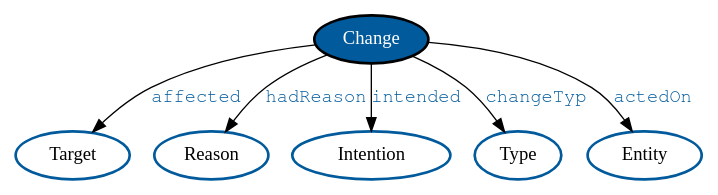
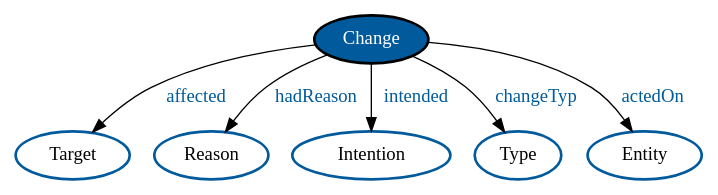
The diagram in doc/intro.dot (binfalse/COMODI), drawn with Graphviz before and after one commit. The commit also changed 1 other file, not shown here.

Commit message:
updated intro figure

```diff
--- a/doc/intro.dot
+++ b/doc/intro.dot
@@ -1,14 +1,14 @@
 digraph intro {
-edge [len=2,fontcolor="#005A9C",fontname = "FreeMono"];
+edge [len=2,fontcolor="#005A9C",fontname = "DejaVu Sans Mono bold"];
 node [color="#005A9C",fontname = "DejaVu Sans Mono bold", style="bold"]
 
 change [color="#000000", style="filled,bold", fillcolor="#005A9C", fontcolor="#ffffff", label="Change"];
 
 
 change -> "Target" [label="affected"];
 change -> "Reason" [label="hadReason"];
 change -> "Intention" [label="intended"];
 change -> "Type" [label="changeTyp"];
 change -> "Entity" [label="actedOn"];
 
 }
```
